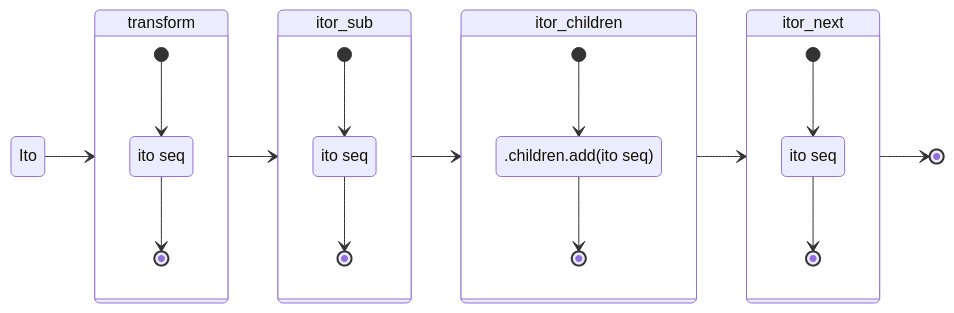
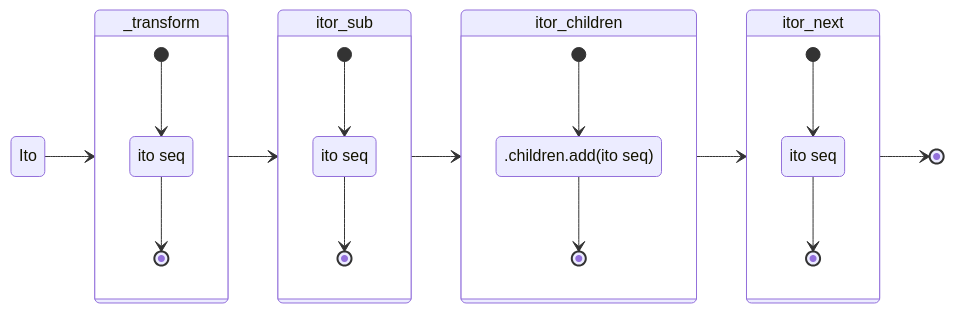
Before and after one commit to rlayers/pawpaw: the fifth of 12 diagrams in docs/4. Arborform.md, drawn with Mermaid. The commit also changed other lines of this file and 3 other files, not shown here.

````diff
--- a/docs/4. Arborform.md
+++ b/docs/4. Arborform.md
@@ -193,37 +195,37 @@
 ```mermaid
 stateDiagram-v2
   direction LR
   
-  Ito --> transform
-  state transform {
+  Ito --> _transform
+  state _transform {
     direction TB
     [*] --> itosP
     itosP : ito seq
     itosP --> [*]
   }
-  transform --> itor_sub
+  _transform --> itor_sub
   state itor_sub {
     direction TB
     [*] --> itosS
     itosS: ito seq
     itosS --> [*]
   }
   itor_sub --> itor_children
 
   state itor_children {
     direction TB
     [*] --> as_children
     as_children: .children.add(ito seq)
     as_children --> [*]
   }
   itor_children --> itor_next
 
   state itor_next {
     direction TB
     [*] --> itosN
     itosN: ito seq
     itosN --> [*]
   }
 
   itor_next --> [*]
 ```
````
